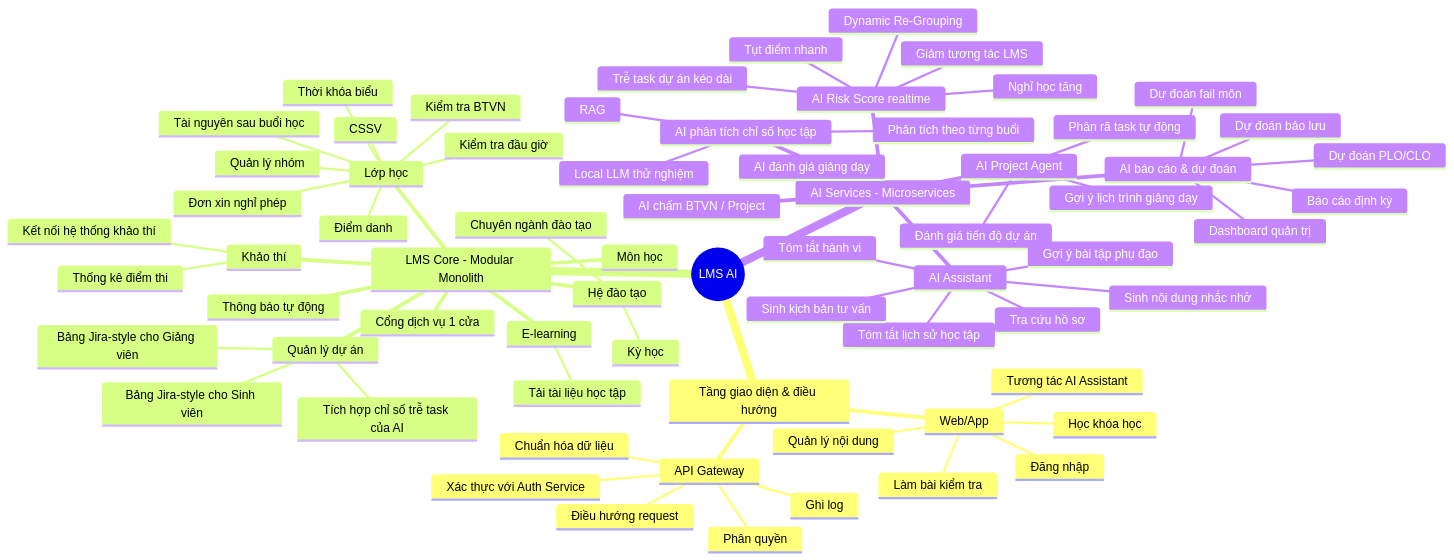
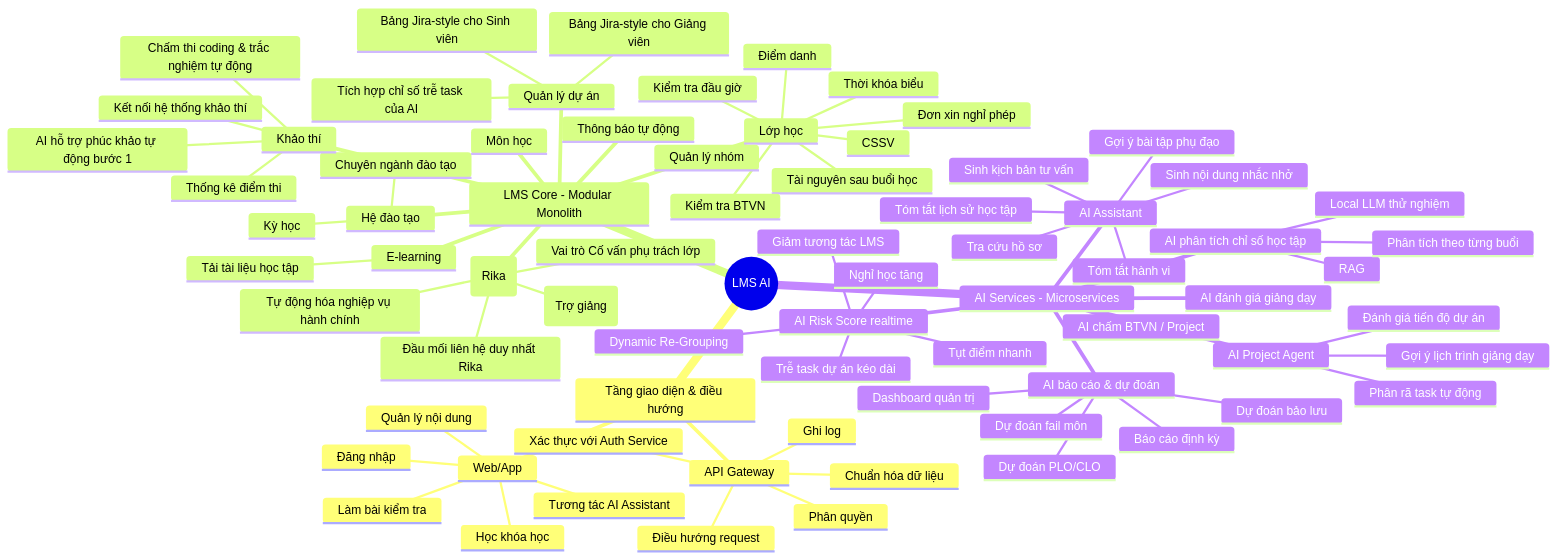
Before and after one commit to DuowngM/Bao_cao: the second of 7 diagrams in so-do-chuc-nang-lms-ai.md, drawn with Mermaid. The commit also changed other lines of this file and 1 other file, not shown here.

Commit message:
feat: add one-stop portal Rika and automated exam improvements

````diff
--- a/so-do-chuc-nang-lms-ai.md
+++ b/so-do-chuc-nang-lms-ai.md
@@ -55,72 +59,78 @@
 ```mermaid
 mindmap
   root((LMS AI))
     Tầng giao diện & điều hướng
       Web/App
         Đăng nhập
         Học khóa học
         Làm bài kiểm tra
         Tương tác AI Assistant
         Quản lý nội dung
       API Gateway
         Điều hướng request
         Xác thực với Auth Service
         Phân quyền
         Ghi log
         Chuẩn hóa dữ liệu
     LMS Core - Modular Monolith
       Hệ đào tạo
         Chuyên ngành đào tạo
         Kỳ học
       Môn học
       Lớp học
         Điểm danh
         Thời khóa biểu
         Quản lý nhóm
         CSSV
         Kiểm tra đầu giờ
         Tài nguyên sau buổi học
         Đơn xin nghỉ phép
         Kiểm tra BTVN
       Khảo thí
         Kết nối hệ thống khảo thí
         Thống kê điểm thi
+        Chấm thi coding & trắc nghiệm tự động
+        AI hỗ trợ phúc khảo tự động bước 1
       E-learning
         Tải tài liệu học tập
       Thông báo tự động
       Quản lý dự án
         Bảng Jira-style cho Sinh viên
         Bảng Jira-style cho Giảng viên
         Tích hợp chỉ số trễ task của AI
-      Cổng dịch vụ 1 cửa
+      Cổng dịch vụ 1 cửa (Rika)
+        Tự động hóa nghiệp vụ hành chính
+        Đầu mối liên hệ duy nhất Rika
+        Vai trò Giáo viên chủ nhiệm (Trợ giảng)
+        Vai trò Cố vấn phụ trách lớp
     AI Services - Microservices
       AI Project Agent
         Phân rã task tự động
         Đánh giá tiến độ dự án
         Gợi ý lịch trình giảng dạy
       AI chấm BTVN / Project
       AI phân tích chỉ số học tập
         RAG
         Local LLM thử nghiệm
         Phân tích theo từng buổi
       AI Risk Score realtime
         Giảm tương tác LMS
         Nghỉ học tăng
         Tụt điểm nhanh
         Trễ task dự án kéo dài
         Dynamic Re-Grouping
       AI Assistant
         Tra cứu hồ sơ
         Tóm tắt lịch sử học tập
         Tóm tắt hành vi
         Sinh kịch bản tư vấn
         Sinh nội dung nhắc nhở
         Gợi ý bài tập phụ đạo
       AI báo cáo & dự đoán
         Dashboard quản trị
         Báo cáo định kỳ
         Dự đoán fail môn
         Dự đoán bảo lưu
         Dự đoán PLO/CLO
       AI đánh giá giảng dạy
 ```
````
